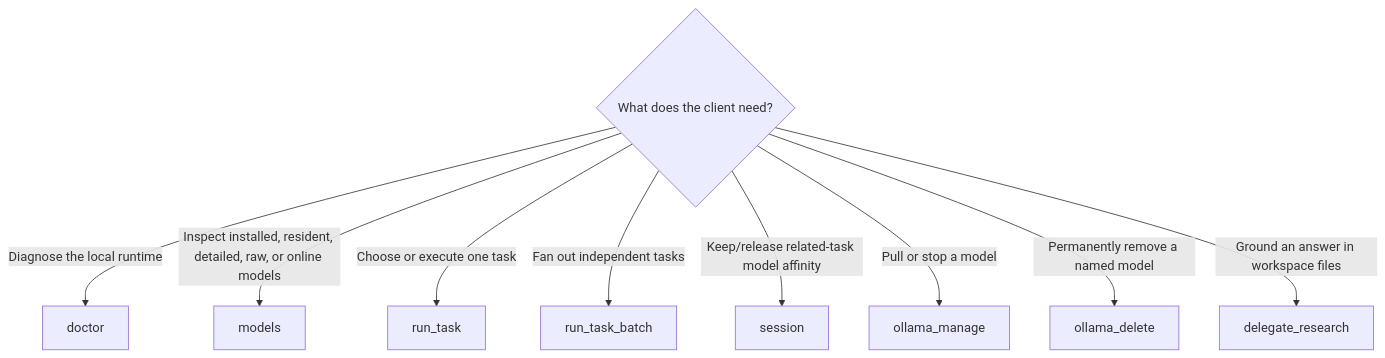
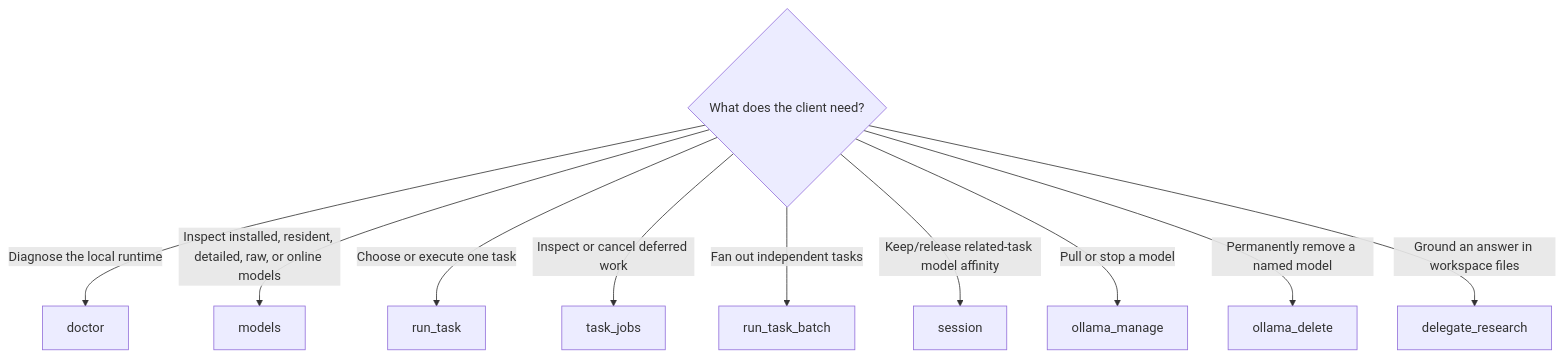
Before and after one commit to bgauryy/FreeLlama: the first of 2 diagrams in packages/mcp/README.md, drawn with Mermaid. The commit also changed other lines of this file and 81 other files, not shown here.

````diff
--- a/packages/mcp/README.md
+++ b/packages/mcp/README.md
@@ -24,12 +24,13 @@
 ```mermaid
 flowchart TD
     Q{"What does the client need?"}
     Q -->|"Diagnose the local runtime"| D["doctor"]
     Q -->|"Inspect installed, resident, detailed, raw, or online models"| M["models"]
     Q -->|"Choose or execute one task"| R["run_task"]
+    Q -->|"Inspect or cancel deferred work"| J["task_jobs"]
     Q -->|"Fan out independent tasks"| B["run_task_batch"]
     Q -->|"Keep/release related-task model affinity"| S["session"]
     Q -->|"Pull or stop a model"| O["ollama_manage"]
     Q -->|"Permanently remove a named model"| X["ollama_delete"]
     Q -->|"Ground an answer in workspace files"| G["delegate_research"]
 ```
````
